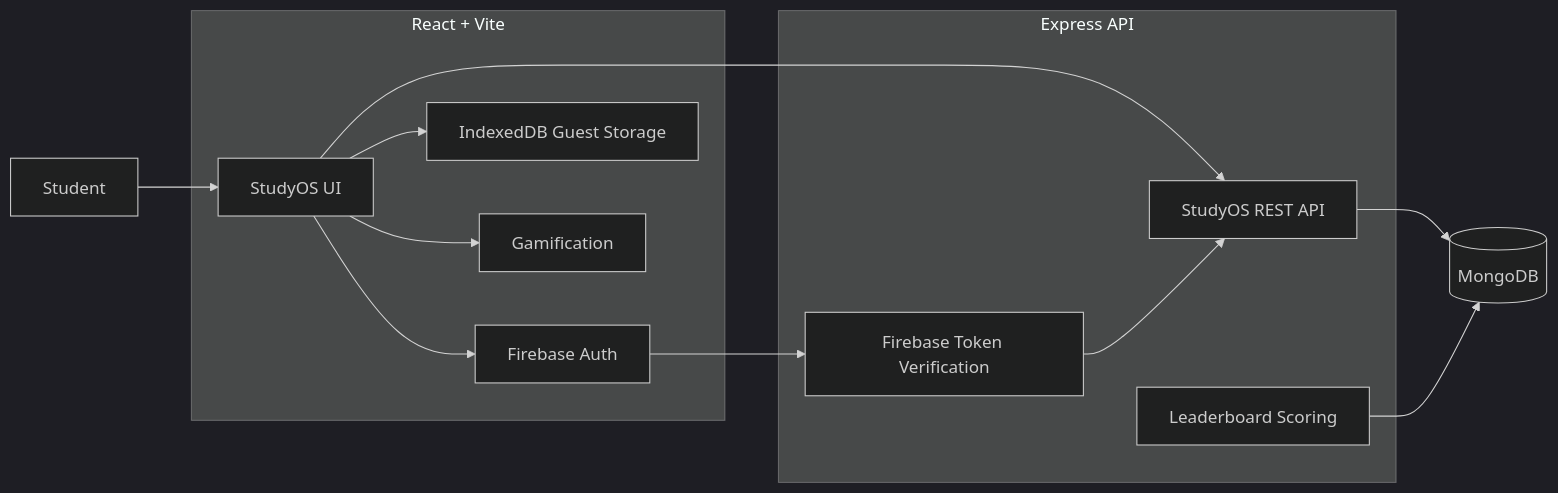
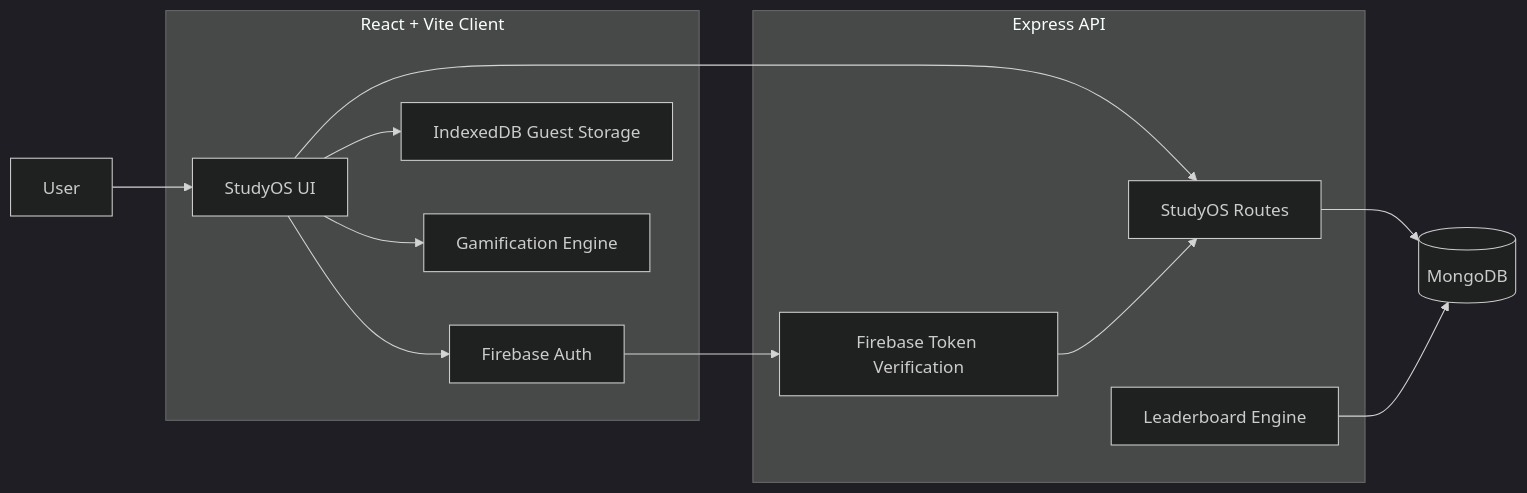
Before and after one commit to Vaibh37/Studyos: the diagram in README.md, drawn with Mermaid (dark theme). The commit also changed other lines of this file, not shown here.

````diff
--- a/README.md
+++ b/README.md
@@ -240,29 +438,34 @@
 ```mermaid
 flowchart LR
-    U[Student]
 
-    subgraph Frontend[React + Vite]
+    USER[User]
+
+    subgraph CLIENT["React + Vite Client"]
         UI[StudyOS UI]
         AUTH[Firebase Auth]
-        LOCAL[IndexedDB Guest Storage]
-        GAME[Gamification]
+        GUEST[IndexedDB Guest Storage]
+        GAME[Gamification Engine]
     end
 
-    subgraph Backend[Express API]
+    subgraph SERVER["Express API"]
         VERIFY[Firebase Token Verification]
-        ROUTES[StudyOS REST API]
-        SCORE[Leaderboard Scoring]
+        ROUTES[StudyOS Routes]
+        LEADERBOARD[Leaderboard Engine]
     end
 
-    DB[(MongoDB)]
+    DATABASE[(MongoDB)]
 
-    U --> UI
-    UI --> LOCAL
+    USER --> UI
+
     UI --> AUTH
+    UI --> GUEST
     UI --> GAME
+
     AUTH --> VERIFY
+
     UI --> ROUTES
     VERIFY --> ROUTES
-    ROUTES --> DB
-    SCORE --> DB
+
+    ROUTES --> DATABASE
+    LEADERBOARD --> DATABASE
 ```
````
